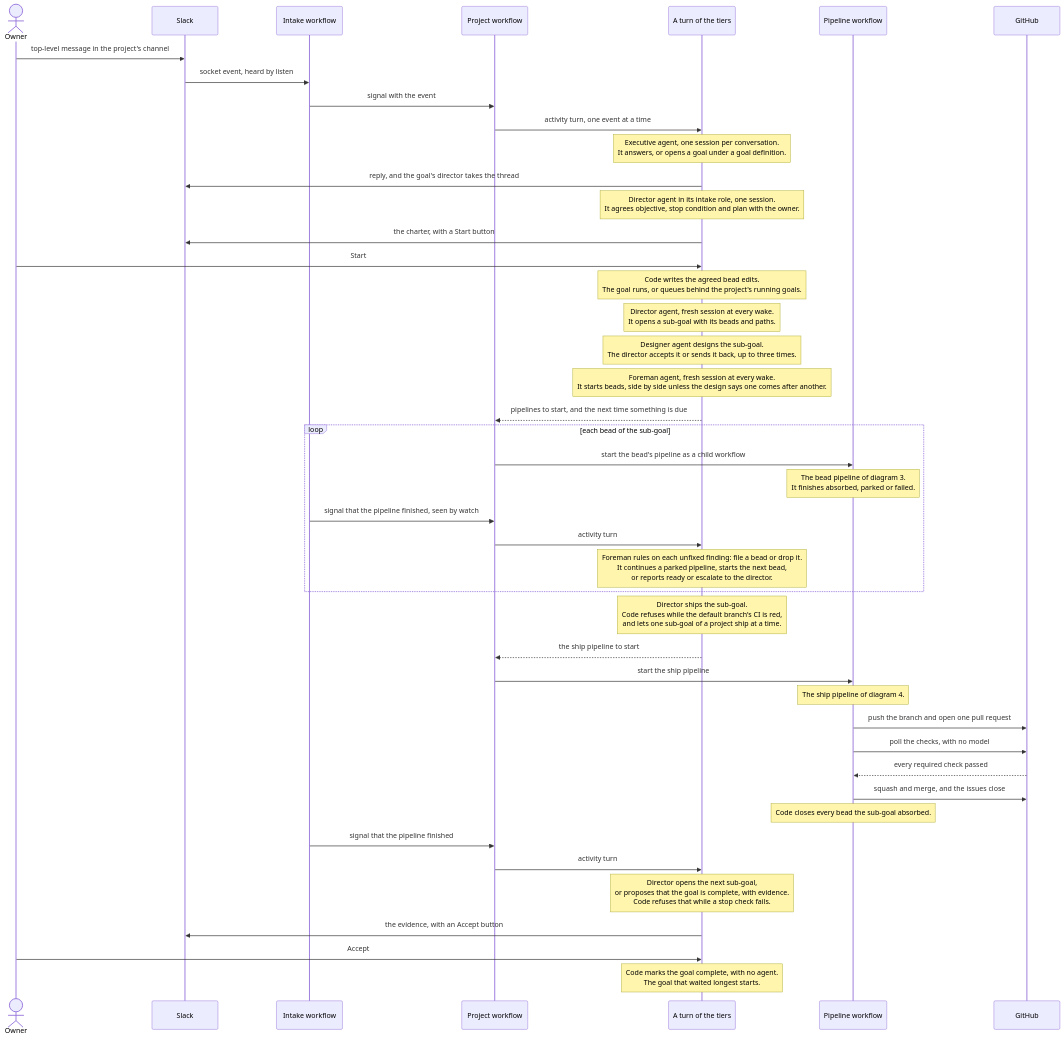
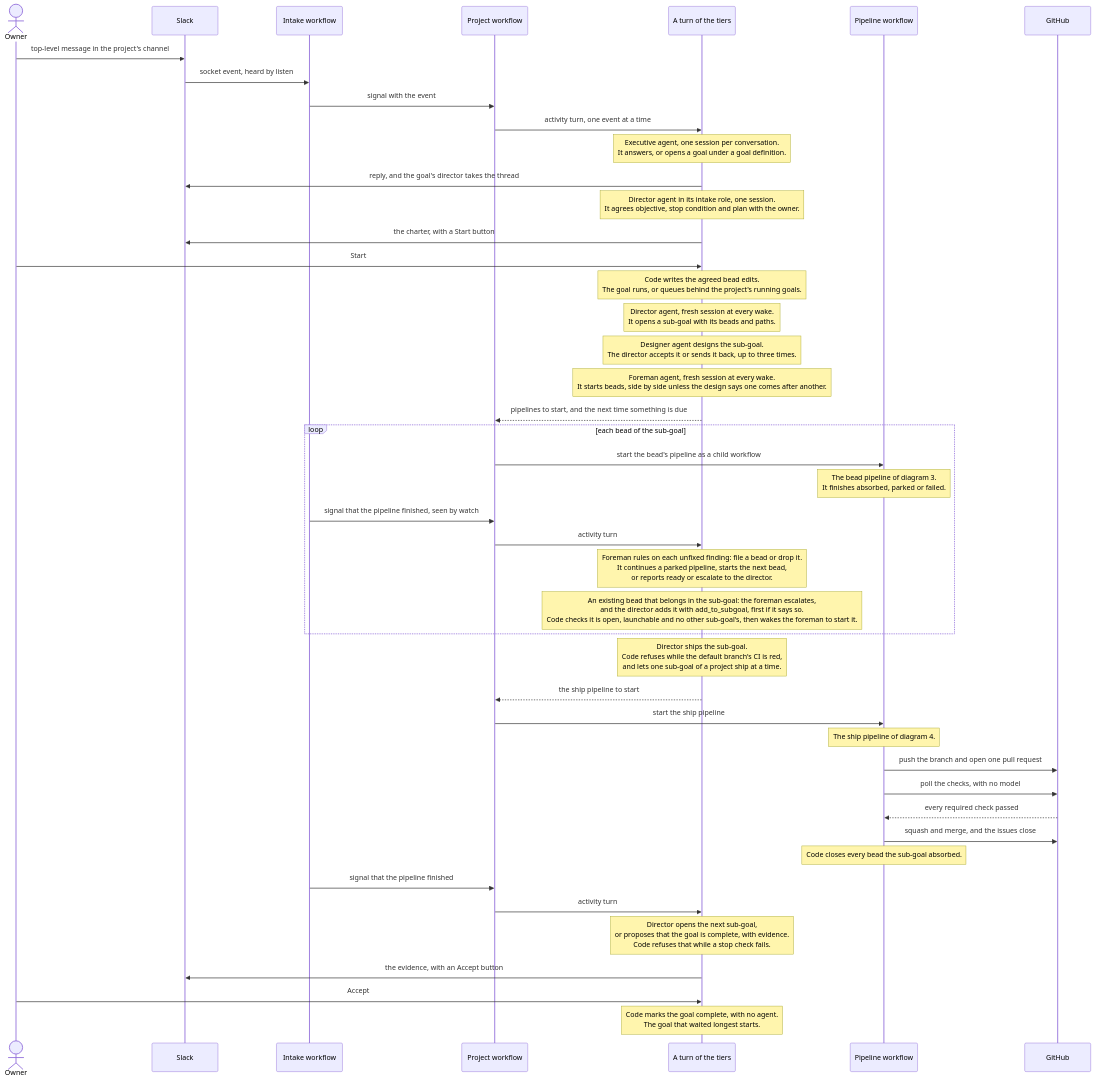
One commit to mikeacjones/software-factory changed the second of 8 diagrams in docs/how-it-works.md. Above: the diagram before and after it, drawn with Mermaid. The commit also changed 5 other files, not shown here.

````diff
--- a/docs/how-it-works.md
+++ b/docs/how-it-works.md
@@ -71,49 +71,50 @@
 ```mermaid
 sequenceDiagram
     actor Owner
     participant Slack
     participant Intake as Intake workflow
     participant Project as Project workflow
     participant Tiers as A turn of the tiers
     participant Pipe as Pipeline workflow
     participant GH as GitHub
 
     Owner->>Slack: top-level message in the project's channel
     Slack->>Intake: socket event, heard by listen
     Intake->>Project: signal with the event
     Project->>Tiers: activity turn, one event at a time
     Note over Tiers: Executive agent, one session per conversation.<br/>It answers, or opens a goal under a goal definition.
     Tiers->>Slack: reply, and the goal's director takes the thread
     Note over Tiers: Director agent in its intake role, one session.<br/>It agrees objective, stop condition and plan with the owner.
     Tiers->>Slack: the charter, with a Start button
     Owner->>Tiers: Start
     Note over Tiers: Code writes the agreed bead edits.<br/>The goal runs, or queues behind the project's running goals.
     Note over Tiers: Director agent, fresh session at every wake.<br/>It opens a sub-goal with its beads and paths.
     Note over Tiers: Designer agent designs the sub-goal.<br/>The director accepts it or sends it back, up to three times.
     Note over Tiers: Foreman agent, fresh session at every wake.<br/>It starts beads, side by side unless the design says one comes after another.
     Tiers-->>Project: pipelines to start, and the next time something is due
 
     loop each bead of the sub-goal
         Project->>Pipe: start the bead's pipeline as a child workflow
         Note over Pipe: The bead pipeline of diagram 3.<br/>It finishes absorbed, parked or failed.
         Intake->>Project: signal that the pipeline finished, seen by watch
         Project->>Tiers: activity turn
         Note over Tiers: Foreman rules on each unfixed finding: file a bead or drop it.<br/>It continues a parked pipeline, starts the next bead,<br/>or reports ready or escalate to the director.
+        Note over Tiers: An existing bead that belongs in the sub-goal: the foreman escalates,<br/>and the director adds it with add_to_subgoal, first if it says so.<br/>Code checks it is open, launchable and no other sub-goal's, then wakes the foreman to start it.
     end
 
     Note over Tiers: Director ships the sub-goal.<br/>Code refuses while the default branch's CI is red,<br/>and lets one sub-goal of a project ship at a time.
     Tiers-->>Project: the ship pipeline to start
     Project->>Pipe: start the ship pipeline
     Note over Pipe: The ship pipeline of diagram 4.
     Pipe->>GH: push the branch and open one pull request
     Pipe->>GH: poll the checks, with no model
     GH-->>Pipe: every required check passed
     Pipe->>GH: squash and merge, and the issues close
     Note over Pipe: Code closes every bead the sub-goal absorbed.
     Intake->>Project: signal that the pipeline finished
     Project->>Tiers: activity turn
     Note over Tiers: Director opens the next sub-goal,<br/>or proposes that the goal is complete, with evidence.<br/>Code refuses that while a stop check fails.
     Tiers->>Slack: the evidence, with an Accept button
     Owner->>Tiers: Accept
     Note over Tiers: Code marks the goal complete, with no agent.<br/>The goal that waited longest starts.
 ```
````
